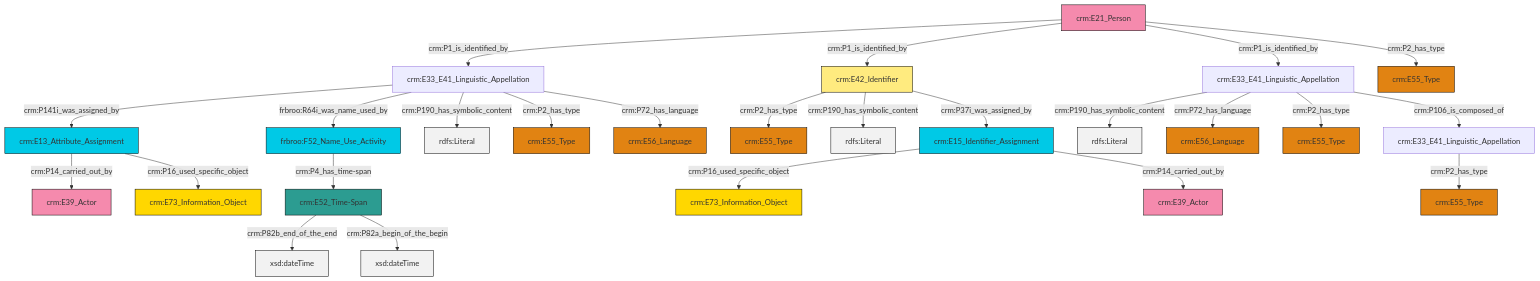
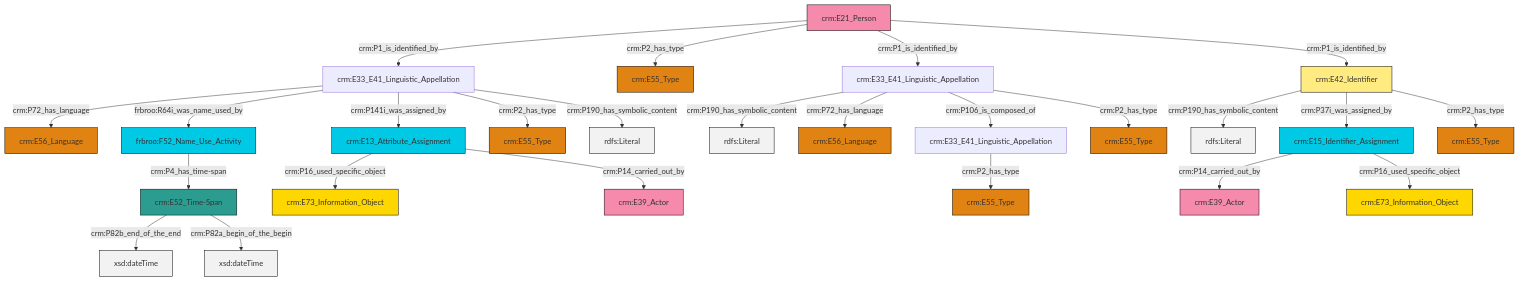
Before and after one commit to swiss-art-research-net/reference-data-models: the diagram in et/personCSV/ttl/mmd/Person_Names_and_Classification.ttl.mmd, drawn with Mermaid. The commit also changed 124 other files, not shown here.

```diff
--- a/et/personCSV/ttl/mmd/Person_Names_and_Classification.ttl.mmd
+++ b/et/personCSV/ttl/mmd/Person_Names_and_Classification.ttl.mmd
@@ -1,39 +1,39 @@
 graph TD
 classDef Literal fill:#f2f2f2,stroke:#000000;
 classDef CRM_Entity fill:#FFFFFF,stroke:#000000;
 classDef Temporal_Entity fill:#00C9E6, stroke:#000000;
 classDef Type fill:#E18312, stroke:#000000;
 classDef Time-Span fill:#2C9C91, stroke:#000000;
 classDef Appellation fill:#FFEB7F, stroke:#000000;
 classDef Place fill:#008836, stroke:#000000;
 classDef Persistent_Item fill:#B266B2, stroke:#000000;
 classDef Conceptual_Object fill:#FFD700, stroke:#000000;
 classDef Physical_Thing fill:#D2B48C, stroke:#000000;
 classDef Actor fill:#f58aad, stroke:#000000;
 classDef PC_Classes fill:#4ce600, stroke:#000000;
 classDef Multi fill:#cccccc,stroke:#000000;
 
-0["crm:E42_Identifier"]:::Appellation -->|crm:P2_has_type| 1["crm:E55_Type"]:::Type
-4["crm:E33_E41_Linguistic_Appellation"]:::Default -->|crm:P190_has_symbolic_content| 5[rdfs:Literal]:::Literal
-6["crm:E21_Person"]:::Actor -->|crm:P1_is_identified_by| 7["crm:E33_E41_Linguistic_Appellation"]:::Default
-6["crm:E21_Person"]:::Actor -->|crm:P1_is_identified_by| 0["crm:E42_Identifier"]:::Appellation
-7["crm:E33_E41_Linguistic_Appellation"]:::Default -->|crm:P141i_was_assigned_by| 2["crm:E13_Attribute_Assignment"]:::Temporal_Entity
-13["crm:E52_Time-Span"]:::Time-Span -->|crm:P82b_end_of_the_end| 14[xsd:dateTime]:::Literal
-4["crm:E33_E41_Linguistic_Appellation"]:::Default -->|crm:P72_has_language| 18["crm:E56_Language"]:::Type
-22["crm:E15_Identifier_Assignment"]:::Temporal_Entity -->|crm:P16_used_specific_object| 20["crm:E73_Information_Object"]:::Conceptual_Object
-11["crm:E33_E41_Linguistic_Appellation"]:::Default -->|crm:P2_has_type| 23["crm:E55_Type"]:::Type
-6["crm:E21_Person"]:::Actor -->|crm:P1_is_identified_by| 4["crm:E33_E41_Linguistic_Appellation"]:::Default
-7["crm:E33_E41_Linguistic_Appellation"]:::Default -->|frbroo:R64i_was_name_used_by| 29["frbroo:F52_Name_Use_Activity"]:::Temporal_Entity
-2["crm:E13_Attribute_Assignment"]:::Temporal_Entity -->|crm:P14_carried_out_by| 26["crm:E39_Actor"]:::Actor
-7["crm:E33_E41_Linguistic_Appellation"]:::Default -->|crm:P190_has_symbolic_content| 32[rdfs:Literal]:::Literal
-4["crm:E33_E41_Linguistic_Appellation"]:::Default -->|crm:P2_has_type| 33["crm:E55_Type"]:::Type
-29["frbroo:F52_Name_Use_Activity"]:::Temporal_Entity -->|crm:P4_has_time-span| 13["crm:E52_Time-Span"]:::Time-Span
-0["crm:E42_Identifier"]:::Appellation -->|crm:P190_has_symbolic_content| 36[rdfs:Literal]:::Literal
-0["crm:E42_Identifier"]:::Appellation -->|crm:P37i_was_assigned_by| 22["crm:E15_Identifier_Assignment"]:::Temporal_Entity
-4["crm:E33_E41_Linguistic_Appellation"]:::Default -->|crm:P106_is_composed_of| 11["crm:E33_E41_Linguistic_Appellation"]:::Default
-2["crm:E13_Attribute_Assignment"]:::Temporal_Entity -->|crm:P16_used_specific_object| 40["crm:E73_Information_Object"]:::Conceptual_Object
-13["crm:E52_Time-Span"]:::Time-Span -->|crm:P82a_begin_of_the_begin| 42[xsd:dateTime]:::Literal
-7["crm:E33_E41_Linguistic_Appellation"]:::Default -->|crm:P2_has_type| 16["crm:E55_Type"]:::Type
-7["crm:E33_E41_Linguistic_Appellation"]:::Default -->|crm:P72_has_language| 34["crm:E56_Language"]:::Type
-6["crm:E21_Person"]:::Actor -->|crm:P2_has_type| 30["crm:E55_Type"]:::Type
-22["crm:E15_Identifier_Assignment"]:::Temporal_Entity -->|crm:P14_carried_out_by| 9["crm:E39_Actor"]:::Actor
+2["crm:E42_Identifier"]:::Appellation -->|crm:P190_has_symbolic_content| 3[rdfs:Literal]:::Literal
+8["crm:E15_Identifier_Assignment"]:::Temporal_Entity -->|crm:P14_carried_out_by| 9["crm:E39_Actor"]:::Actor
+2["crm:E42_Identifier"]:::Appellation -->|crm:P37i_was_assigned_by| 8["crm:E15_Identifier_Assignment"]:::Temporal_Entity
+10["crm:E33_E41_Linguistic_Appellation"]:::Default -->|crm:P2_has_type| 11["crm:E55_Type"]:::Type
+12["crm:E33_E41_Linguistic_Appellation"]:::Default -->|crm:P72_has_language| 13["crm:E56_Language"]:::Type
+17["crm:E21_Person"]:::Actor -->|crm:P1_is_identified_by| 12["crm:E33_E41_Linguistic_Appellation"]:::Default
+25["crm:E13_Attribute_Assignment"]:::Temporal_Entity -->|crm:P16_used_specific_object| 22["crm:E73_Information_Object"]:::Conceptual_Object
+26["crm:E33_E41_Linguistic_Appellation"]:::Default -->|crm:P190_has_symbolic_content| 27[rdfs:Literal]:::Literal
+12["crm:E33_E41_Linguistic_Appellation"]:::Default -->|frbroo:R64i_was_name_used_by| 0["frbroo:F52_Name_Use_Activity"]:::Temporal_Entity
+12["crm:E33_E41_Linguistic_Appellation"]:::Default -->|crm:P141i_was_assigned_by| 25["crm:E13_Attribute_Assignment"]:::Temporal_Entity
+12["crm:E33_E41_Linguistic_Appellation"]:::Default -->|crm:P2_has_type| 20["crm:E55_Type"]:::Type
+26["crm:E33_E41_Linguistic_Appellation"]:::Default -->|crm:P72_has_language| 29["crm:E56_Language"]:::Type
+17["crm:E21_Person"]:::Actor -->|crm:P2_has_type| 31["crm:E55_Type"]:::Type
+25["crm:E13_Attribute_Assignment"]:::Temporal_Entity -->|crm:P14_carried_out_by| 4["crm:E39_Actor"]:::Actor
+33["crm:E52_Time-Span"]:::Time-Span -->|crm:P82b_end_of_the_end| 34[xsd:dateTime]:::Literal
+2["crm:E42_Identifier"]:::Appellation -->|crm:P2_has_type| 15["crm:E55_Type"]:::Type
+0["frbroo:F52_Name_Use_Activity"]:::Temporal_Entity -->|crm:P4_has_time-span| 33["crm:E52_Time-Span"]:::Time-Span
+8["crm:E15_Identifier_Assignment"]:::Temporal_Entity -->|crm:P16_used_specific_object| 39["crm:E73_Information_Object"]:::Conceptual_Object
+26["crm:E33_E41_Linguistic_Appellation"]:::Default -->|crm:P106_is_composed_of| 10["crm:E33_E41_Linguistic_Appellation"]:::Default
+17["crm:E21_Person"]:::Actor -->|crm:P1_is_identified_by| 26["crm:E33_E41_Linguistic_Appellation"]:::Default
+17["crm:E21_Person"]:::Actor -->|crm:P1_is_identified_by| 2["crm:E42_Identifier"]:::Appellation
+33["crm:E52_Time-Span"]:::Time-Span -->|crm:P82a_begin_of_the_begin| 45[xsd:dateTime]:::Literal
+12["crm:E33_E41_Linguistic_Appellation"]:::Default -->|crm:P190_has_symbolic_content| 46[rdfs:Literal]:::Literal
+26["crm:E33_E41_Linguistic_Appellation"]:::Default -->|crm:P2_has_type| 6["crm:E55_Type"]:::Type
```
